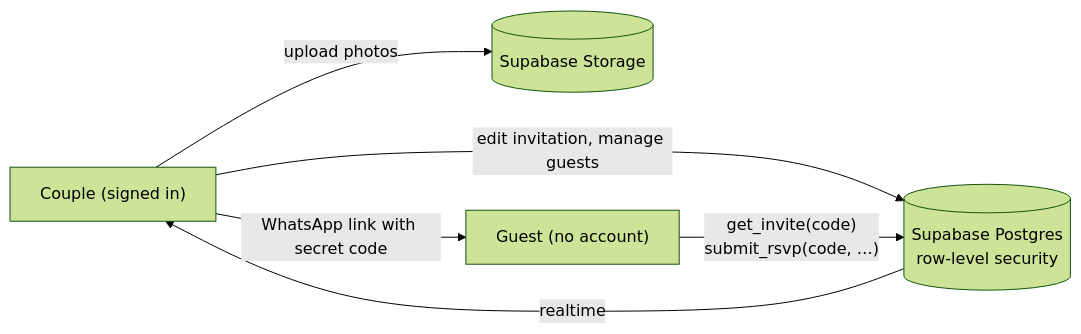
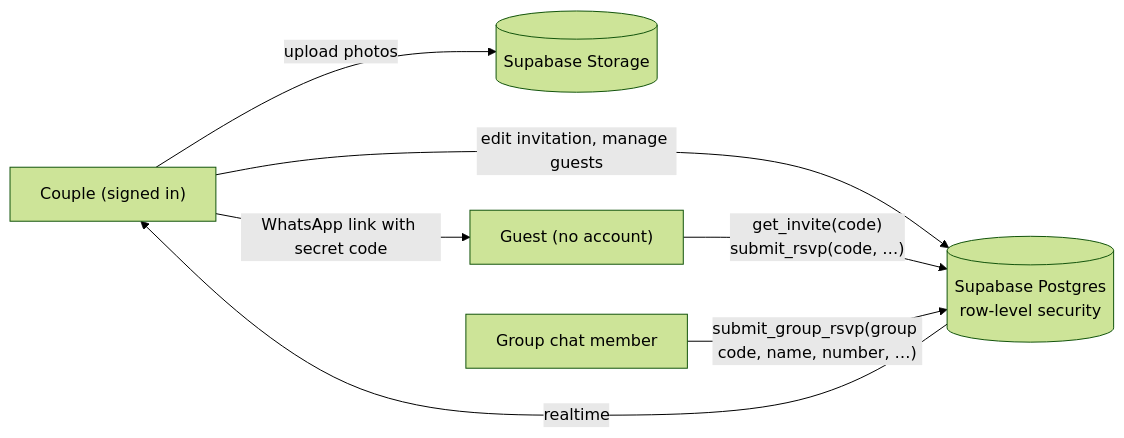
Before and after one commit to AmirAshraf123/jemputjemput: the diagram in README.md, drawn with Mermaid (forest theme). The commit also changed other lines of this file and 6 other files, not shown here.

````diff
--- a/README.md
+++ b/README.md
@@ -31,8 +33,9 @@
 ```mermaid
 flowchart LR
   Host["Couple (signed in)"] -->|"edit invitation, manage guests"| DB[("Supabase Postgres<br>row-level security")]
   Host -->|"upload photos"| ST[("Supabase Storage")]
   Host -->|"WhatsApp link with secret code"| Guest["Guest (no account)"]
   Guest -->|"get_invite(code)<br>submit_rsvp(code, …)"| DB
+  Group["Group chat member"] -->|"submit_group_rsvp(group code, name, number, …)"| DB
   DB -->|"realtime"| Host
 ```
````
